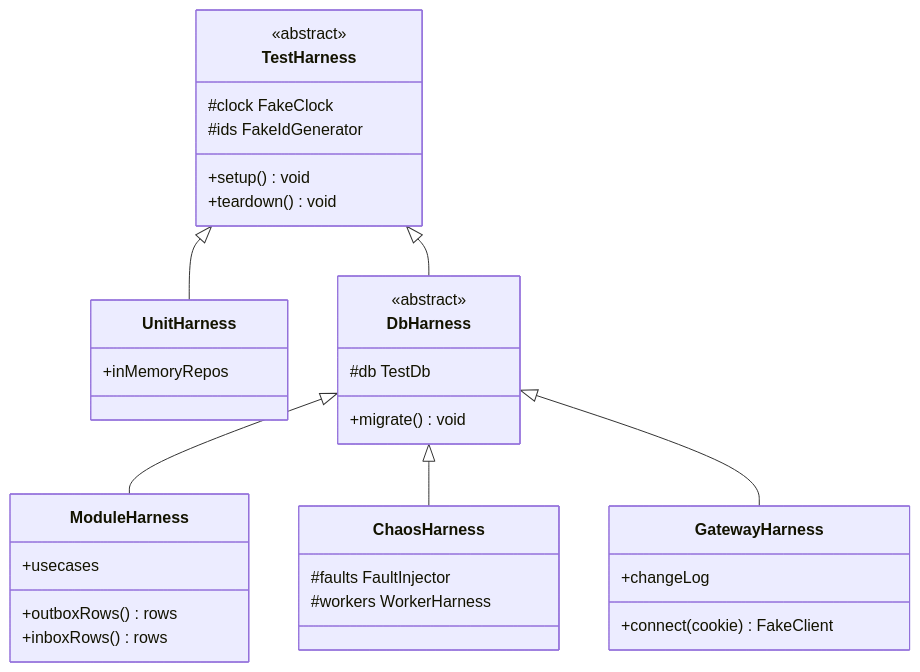
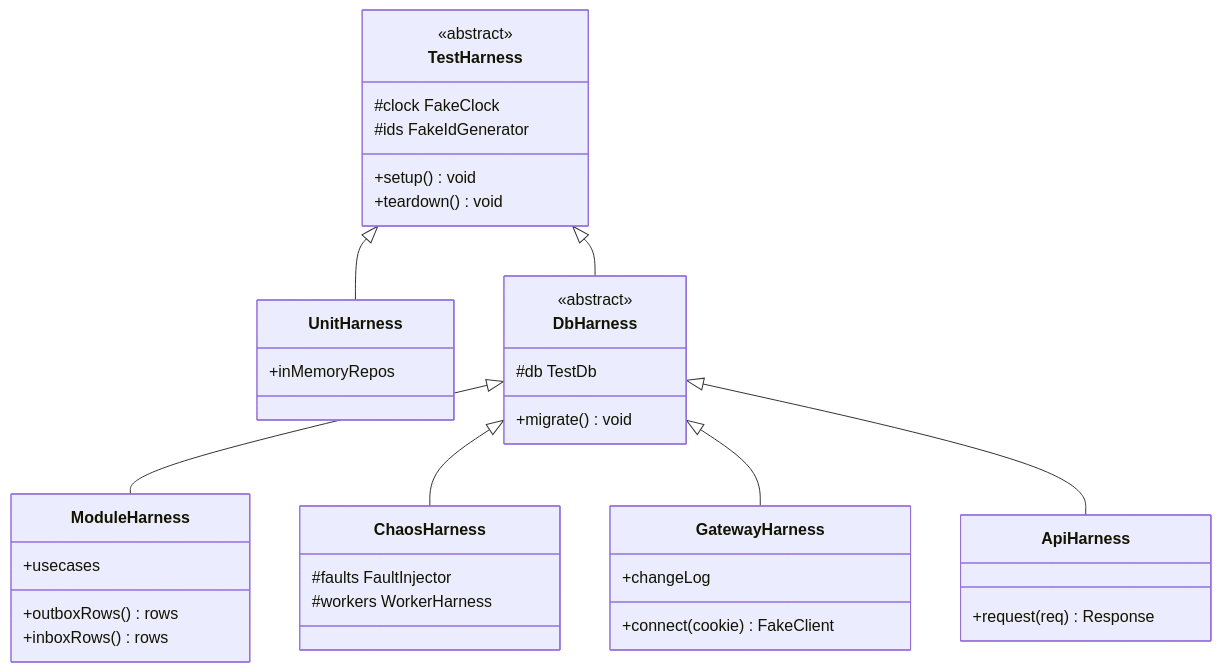
The third of 8 diagrams in docs/design/08-test-strategy.md (1985jwlee/portpolio_backend), drawn with Mermaid before and after one commit. The commit also changed other lines of this file and 33 other files, not shown here.

````diff
--- a/docs/design/08-test-strategy.md
+++ b/docs/design/08-test-strategy.md
@@ -118,36 +132,40 @@
 ```mermaid
 classDiagram
     class TestHarness {
         <<abstract>>
         #clock FakeClock
         #ids FakeIdGenerator
         +setup() void
         +teardown() void
     }
     class UnitHarness {
         +inMemoryRepos
     }
     class DbHarness {
         <<abstract>>
         #db TestDb
         +migrate() void
     }
     class ModuleHarness {
         +usecases
         +outboxRows() rows
         +inboxRows() rows
     }
     class ChaosHarness {
         #faults FaultInjector
         #workers WorkerHarness
     }
+    class ApiHarness {
+        +request(req) Response
+    }
     class GatewayHarness {
         +connect(cookie) FakeClient
         +changeLog
     }
     TestHarness <|-- UnitHarness
     TestHarness <|-- DbHarness
     DbHarness <|-- ModuleHarness
     DbHarness <|-- ChaosHarness
     DbHarness <|-- GatewayHarness
+    DbHarness <|-- ApiHarness
 ```
````
